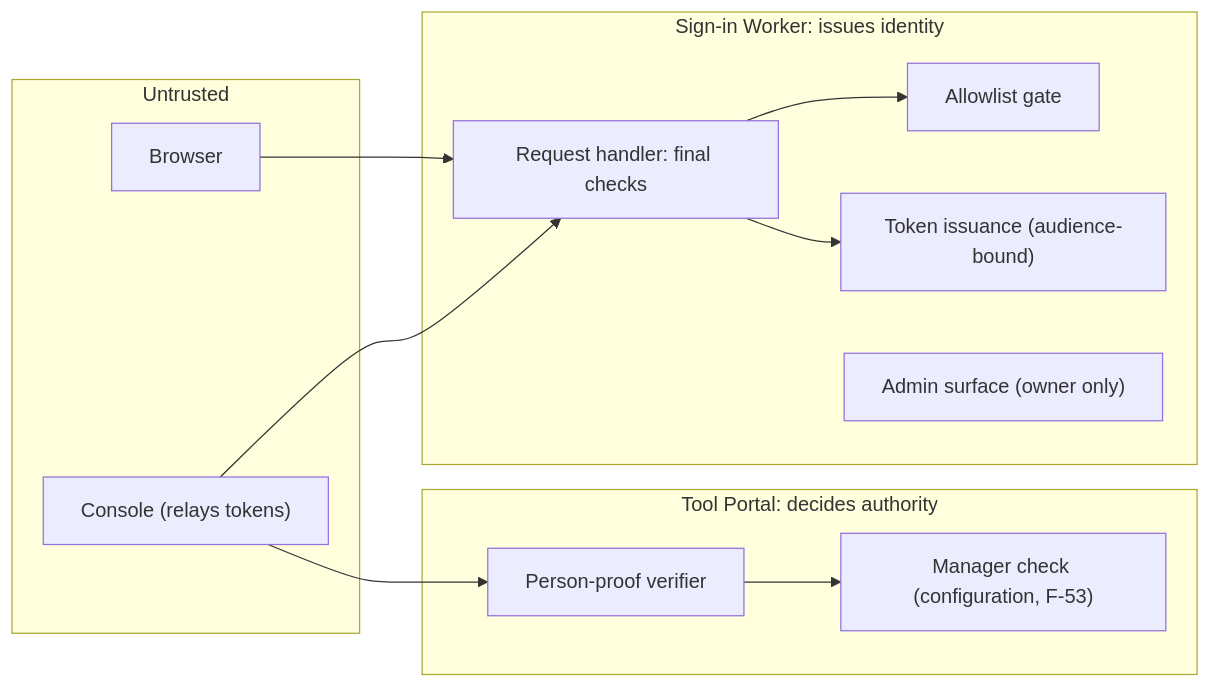
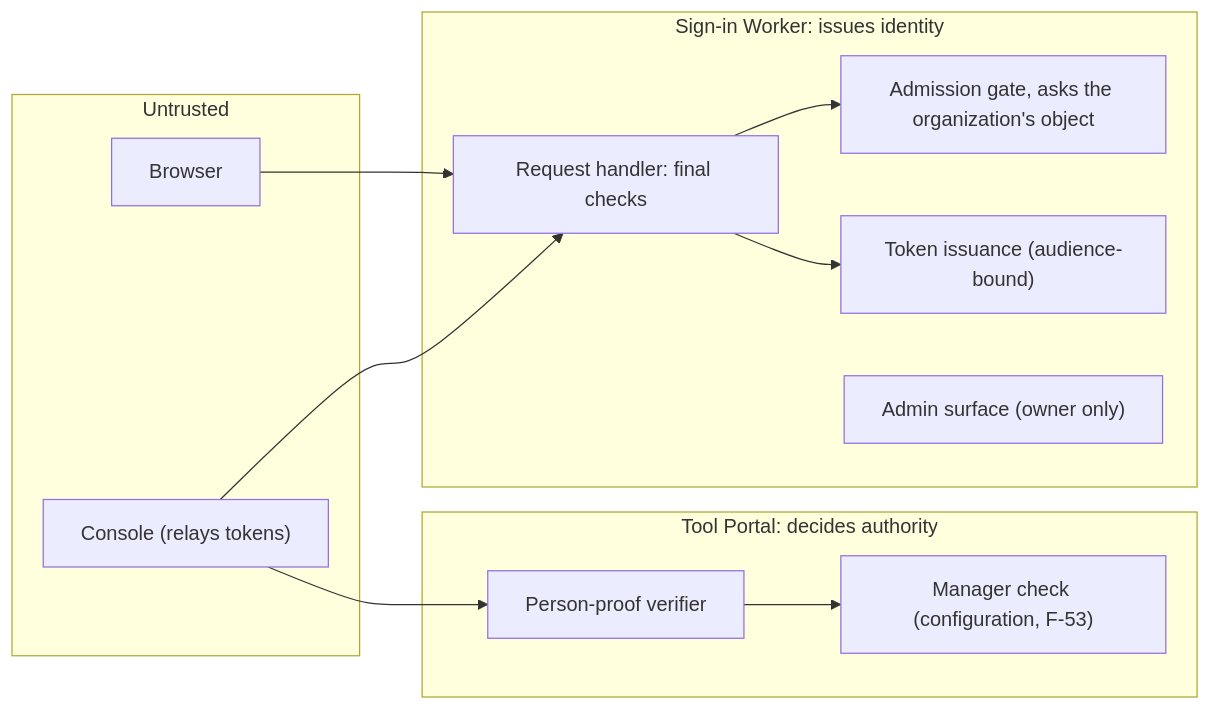
Before and after one commit to ShravanSunder/agent-vm: the fifth of 5 diagrams in docs/specs/2026-10-20-people-sign-in/program-design.md, drawn with Mermaid. The commit also changed other lines of this file and 9 other files, not shown here.

First line of the commit message:
Sign-in design: people sign in to an organization; each organization's owner and allowlist in its own Durable Object

````diff
--- a/docs/specs/2026-10-20-people-sign-in/program-design.md
+++ b/docs/specs/2026-10-20-people-sign-in/program-design.md
@@ -313,23 +479,23 @@
 ```mermaid
 flowchart LR
   subgraph untrusted["Untrusted"]
     br["Browser"]
     con["Console (relays tokens)"]
   end
   subgraph signin["Sign-in Worker: issues identity"]
     rh["Request handler: final checks"]
-    gate["Allowlist gate"]
+    gate["Admission gate, asks the organization's object"]
     issue["Token issuance (audience-bound)"]
     adm["Admin surface (owner only)"]
   end
   subgraph tp["Tool Portal: decides authority"]
     ver["Person-proof verifier"]
     mgr["Manager check (configuration, F-53)"]
   end
   br --> rh
   con --> rh
   rh --> gate
   rh --> issue
   con --> ver
   ver --> mgr
 ```
````
